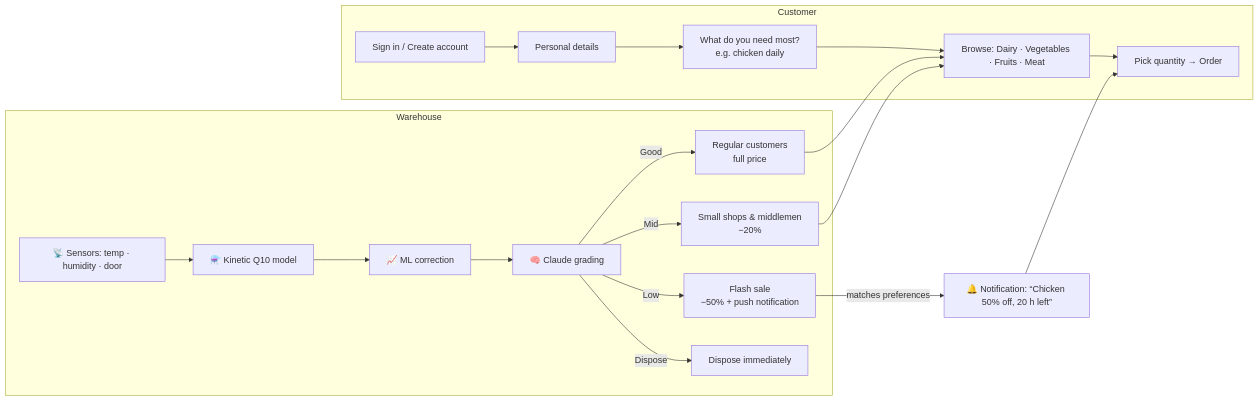
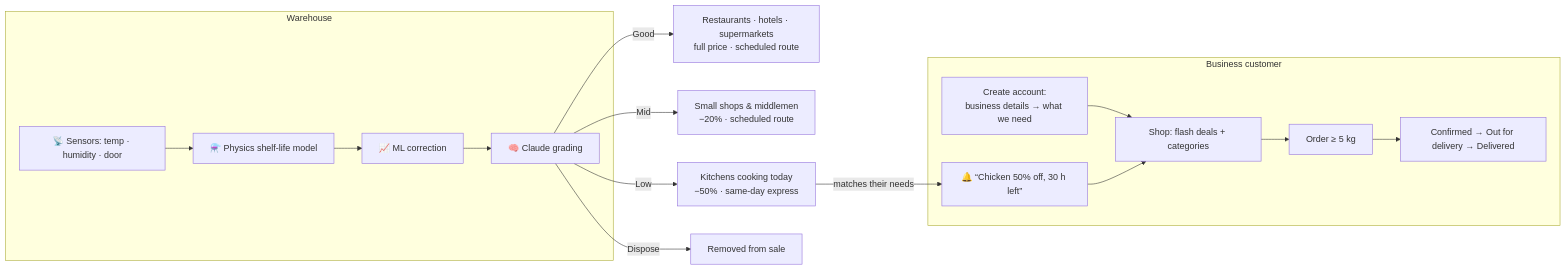
Before and after one commit to saimanasrin/reboothackathon: the diagram in README.md, drawn with Mermaid. The commit also changed other lines of this file and 5 other files, not shown here.

````diff
--- a/README.md
+++ b/README.md
@@ -109,22 +123,18 @@
 ```mermaid
 flowchart LR
-    subgraph Customer
-      A[Sign in / Create account] --> B[Personal details]
-      B --> C[What do you need most?<br/>e.g. chicken daily]
-      C --> D[Browse: Dairy · Vegetables · Fruits · Meat]
-      D --> E[Pick quantity → Order]
-    end
     subgraph Warehouse
-      S[📡 Sensors: temp · humidity · door] --> K[⚗️ Kinetic Q10 model]
+      S[📡 Sensors: temp · humidity · door] --> K[⚗️ Physics shelf-life model]
       K --> M[📈 ML correction]
       M --> L[🧠 Claude grading]
-      L -->|Good| G1[Regular customers<br/>full price]
-      L -->|Mid| G2[Small shops & middlemen<br/>−20%]
-      L -->|Low| G3[Flash sale<br/>−50% + push notification]
-      L -->|Dispose| G4[Dispose immediately]
     end
-    G1 --> D
-    G2 --> D
-    G3 -->|matches preferences| N[🔔 Notification: “Chicken 50% off, 20 h left”]
-    N --> E
+    L -->|Good| G1[Restaurants · hotels · supermarkets<br/>full price · scheduled route]
+    L -->|Mid| G2[Small shops & middlemen<br/>−20% · scheduled route]
+    L -->|Low| G3[Kitchens cooking today<br/>−50% · same-day express]
+    L -->|Dispose| G4[Removed from sale]
+    G3 -->|matches their needs| N[🔔 “Chicken 50% off, 30 h left”]
+    subgraph Business customer
+      A[Create account:<br/>business details → what we need] --> B[Shop: flash deals + categories]
+      N --> B
+      B --> C[Order ≥ 5 kg] --> D[Confirmed → Out for delivery → Delivered]
+    end
 ```
````
